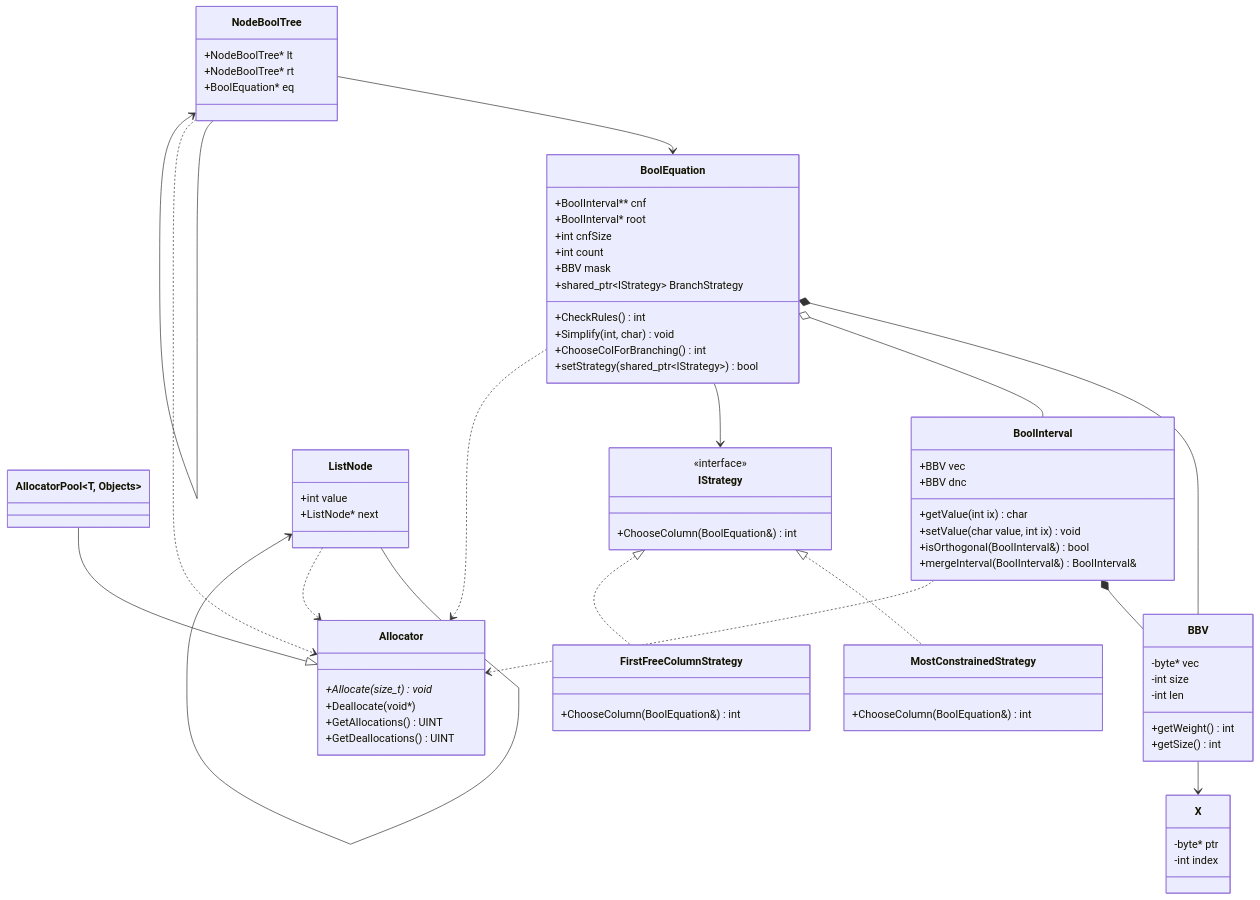
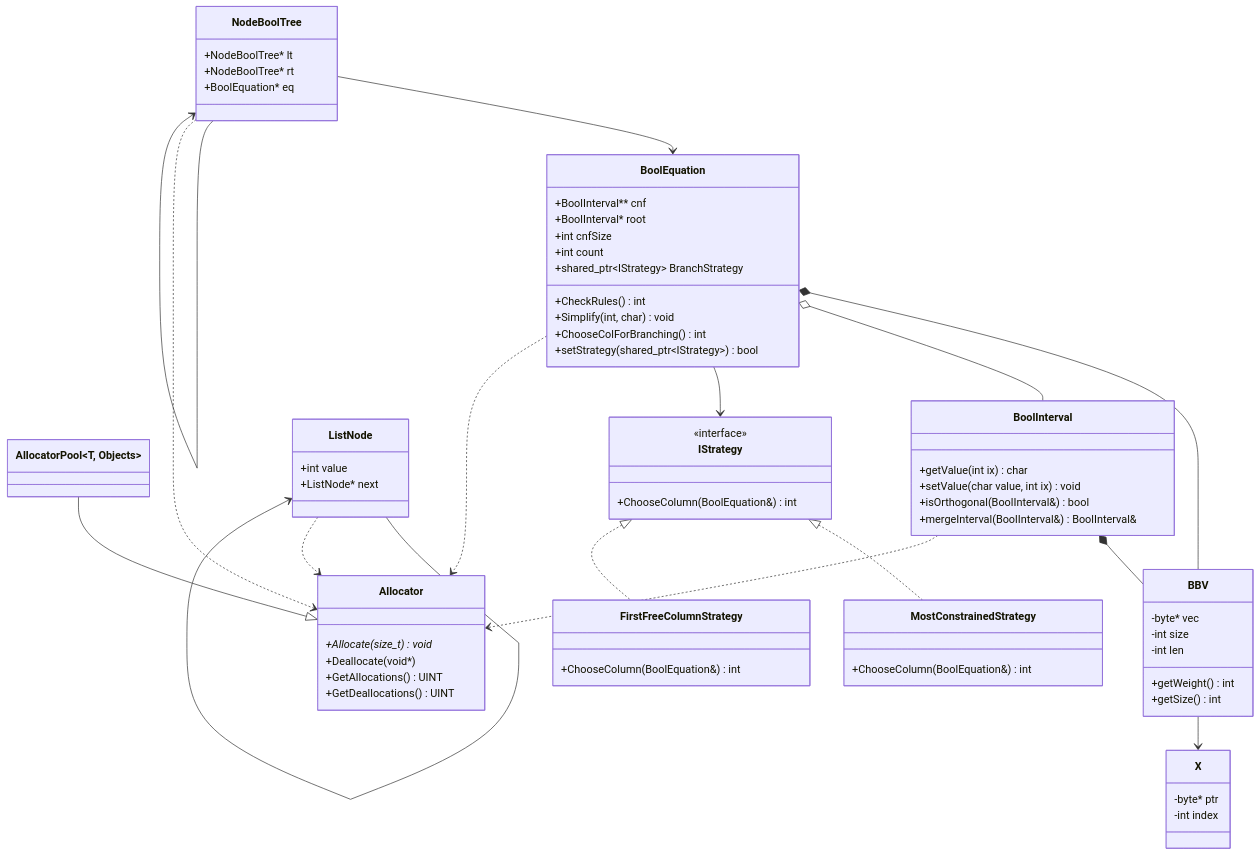
The diagram in README.md (ytochkaa/integration_of_the_memory_allocation_mechanism), drawn with Mermaid before and after one commit.

Commit message:
docs: убрано дублирование полей и стрелок в UML

```diff
--- a/README.md
+++ b/README.md
@@ -31,8 +31,6 @@
     }
 
     class BoolInterval {
-        +BBV vec
-        +BBV dnc
         +getValue(int ix) char
         +setValue(char value, int ix) void
         +isOrthogonal(BoolInterval&) bool
@@ -44,7 +42,6 @@
         +BoolInterval* root
         +int cnfSize
         +int count
-        +BBV mask
         +shared_ptr~IStrategy~ BranchStrategy
         +CheckRules() int
         +Simplify(int, char) void
```
